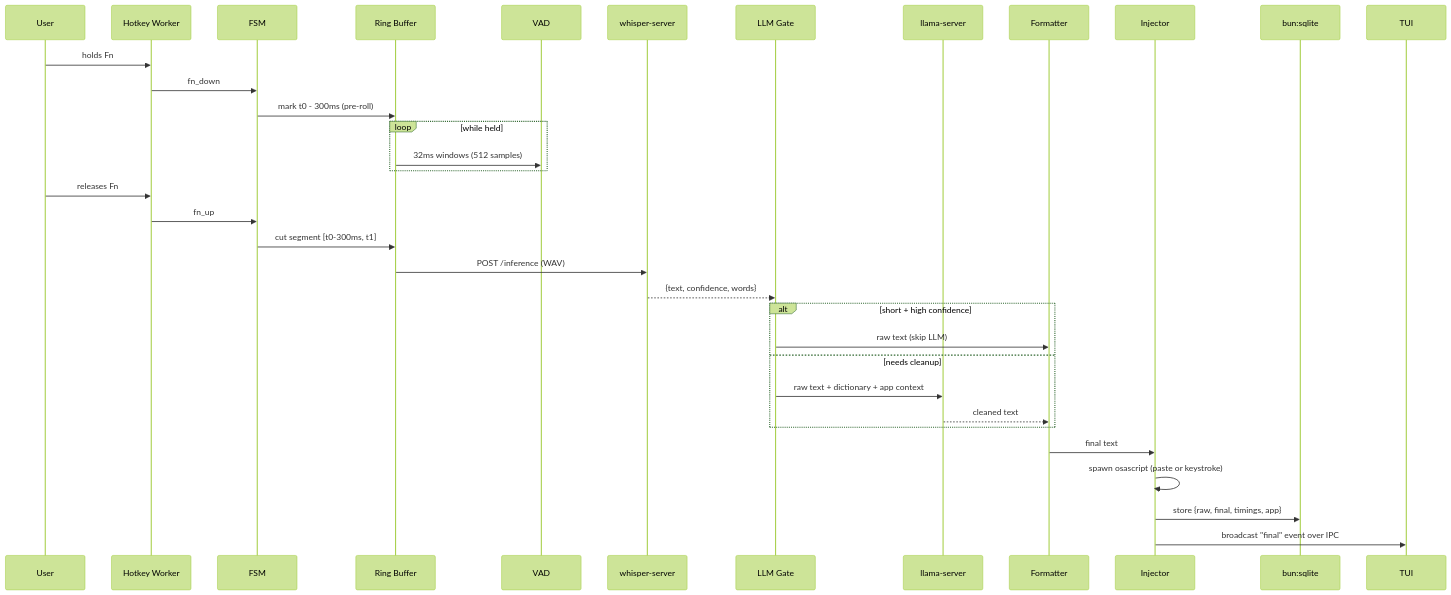
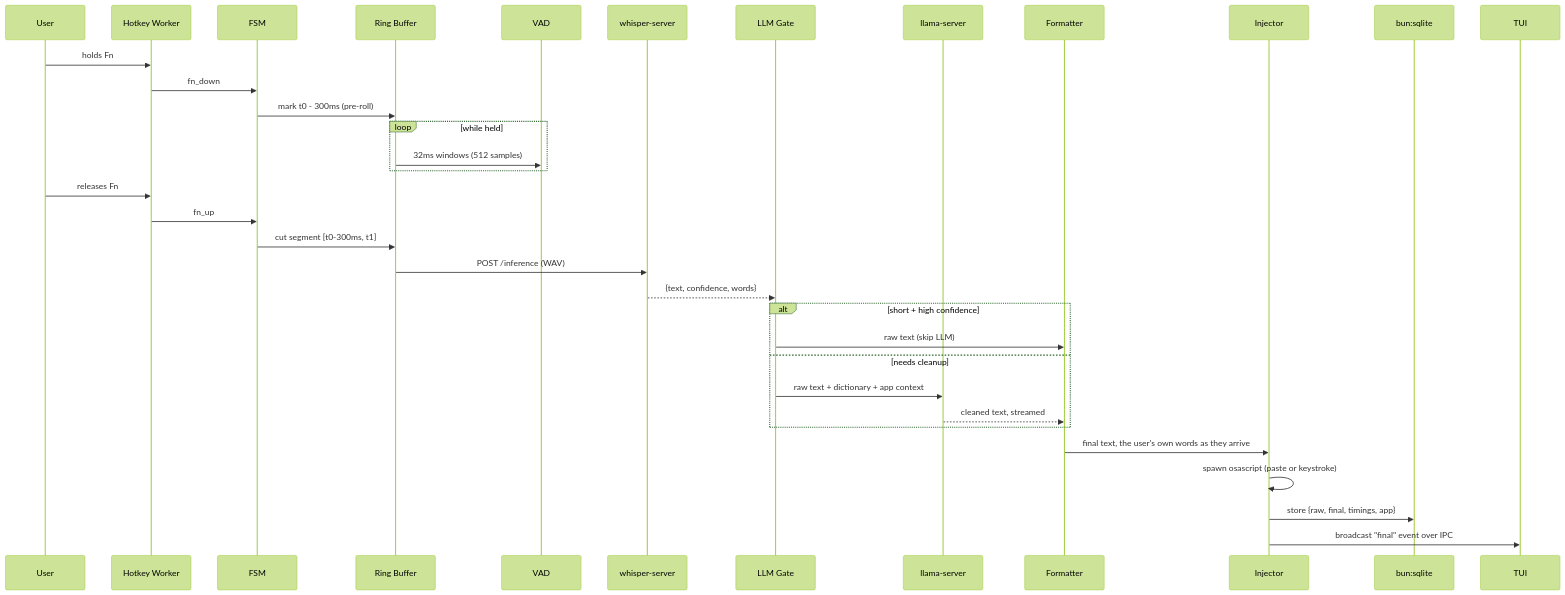
One commit to NirjharBhattacharjee/mockingbird changed the third of 8 diagrams in docs/ARCHITECTURE.md. Above: the diagram before and after it, drawn with Mermaid (forest theme). The commit also changed other lines of this file and 12 other files, not shown here.

````diff
--- a/docs/ARCHITECTURE.md
+++ b/docs/ARCHITECTURE.md
@@ -245,37 +246,37 @@
 ```mermaid
 sequenceDiagram
     participant User
     participant HK as Hotkey Worker
     participant FSM
     participant RB as Ring Buffer
     participant VAD
     participant ASR as whisper-server
     participant Gate as LLM Gate
     participant LLM as llama-server
     participant Fmt as Formatter
     participant Inj as Injector
     participant DB as bun:sqlite
     participant TUI
 
     User->>HK: holds Fn
     HK->>FSM: fn_down
     FSM->>RB: mark t0 - 300ms (pre-roll)
     loop while held
         RB->>VAD: 32ms windows (512 samples)
     end
     User->>HK: releases Fn
     HK->>FSM: fn_up
     FSM->>RB: cut segment [t0-300ms, t1]
     RB->>ASR: POST /inference (WAV)
     ASR-->>Gate: {text, confidence, words}
     alt short + high confidence
         Gate->>Fmt: raw text (skip LLM)
     else needs cleanup
         Gate->>LLM: raw text + dictionary + app context
-        LLM-->>Fmt: cleaned text
+        LLM-->>Fmt: cleaned text, streamed
     end
-    Fmt->>Inj: final text
+    Fmt->>Inj: final text, the user's own words as they arrive
     Inj->>Inj: spawn osascript (paste or keystroke)
     Inj->>DB: store {raw, final, timings, app}
     Inj->>TUI: broadcast "final" event over IPC
 ```
````
